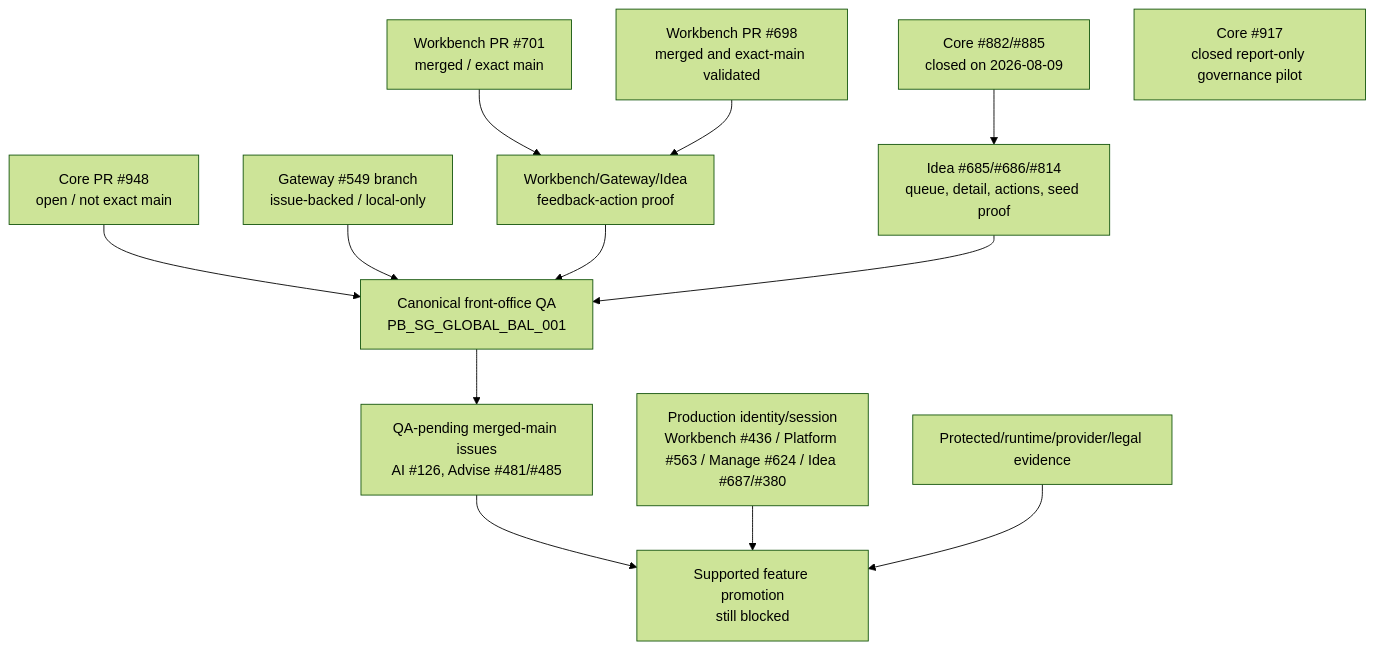
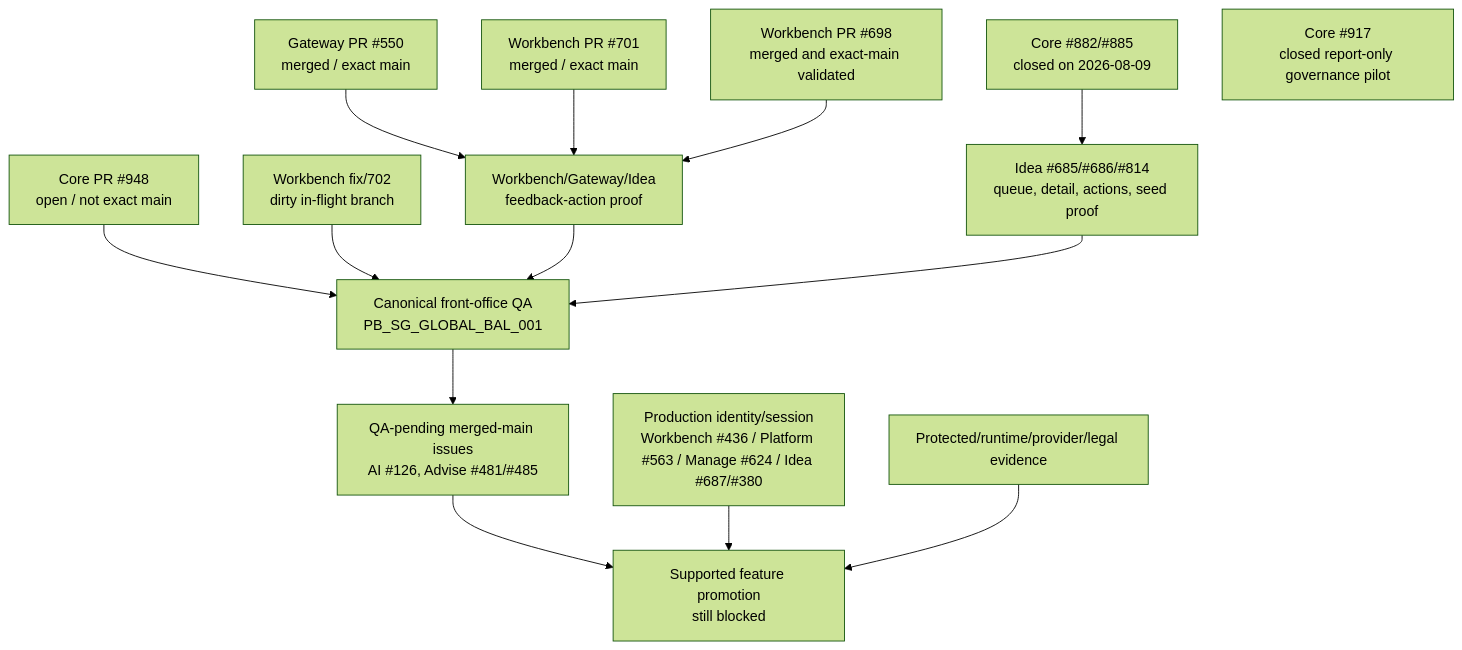
One commit to sgajbi/lotus-idea changed the second of 2 diagrams in wiki/RFC-0002-Execution-Status.md. Above: the diagram before and after it, drawn with Mermaid (forest theme). The commit also changed other lines of this file and 3 other files, not shown here.

````diff
--- a/wiki/RFC-0002-Execution-Status.md
+++ b/wiki/RFC-0002-Execution-Status.md
@@ -91,28 +91,30 @@
 ```mermaid
 flowchart TD
     CoreClosed["Core #882/#885<br/>closed on 2026-08-09"]
     Core948["Core PR #948<br/>open / not exact main"]
-    Gateway549["Gateway #549 branch<br/>issue-backed / local-only"]
+    Gateway550["Gateway PR #550<br/>merged / exact main"]
+    Workbench702["Workbench fix/702<br/>dirty in-flight branch"]
     Workbench701["Workbench PR #701<br/>merged / exact main"]
     Workbench698["Workbench PR #698<br/>merged and exact-main validated"]
     Feedback["Workbench/Gateway/Idea<br/>feedback-action proof"]
     CanonicalQA["Canonical front-office QA<br/>PB_SG_GLOBAL_BAL_001"]
     IdeaProof["Idea #685/#686/#814<br/>queue, detail, actions, seed proof"]
     Core917["Core #917<br/>closed report-only governance pilot"]
     QAPending["QA-pending merged-main issues<br/>AI #126, Advise #481/#485"]
     Support["Supported feature promotion<br/>still blocked"]
     Identity["Production identity/session<br/>Workbench #436 / Platform #563 / Manage #624 / Idea #687/#380"]
     Protected["Protected/runtime/provider/legal evidence"]
 
     CoreClosed --> IdeaProof
     Core948 --> CanonicalQA
-    Gateway549 --> CanonicalQA
+    Gateway550 --> Feedback
+    Workbench702 --> CanonicalQA
     Workbench701 --> Feedback
     Workbench698 --> Feedback
     Feedback --> CanonicalQA
     IdeaProof --> CanonicalQA
     CanonicalQA --> QAPending
     QAPending --> Support
     Identity --> Support
     Protected --> Support
 ```
````
